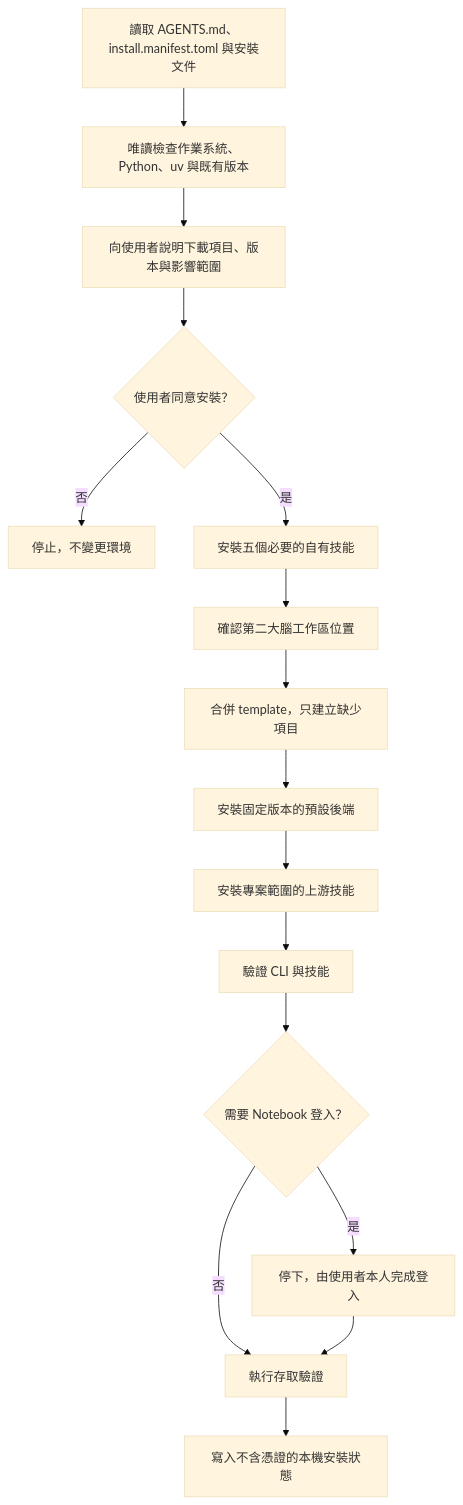
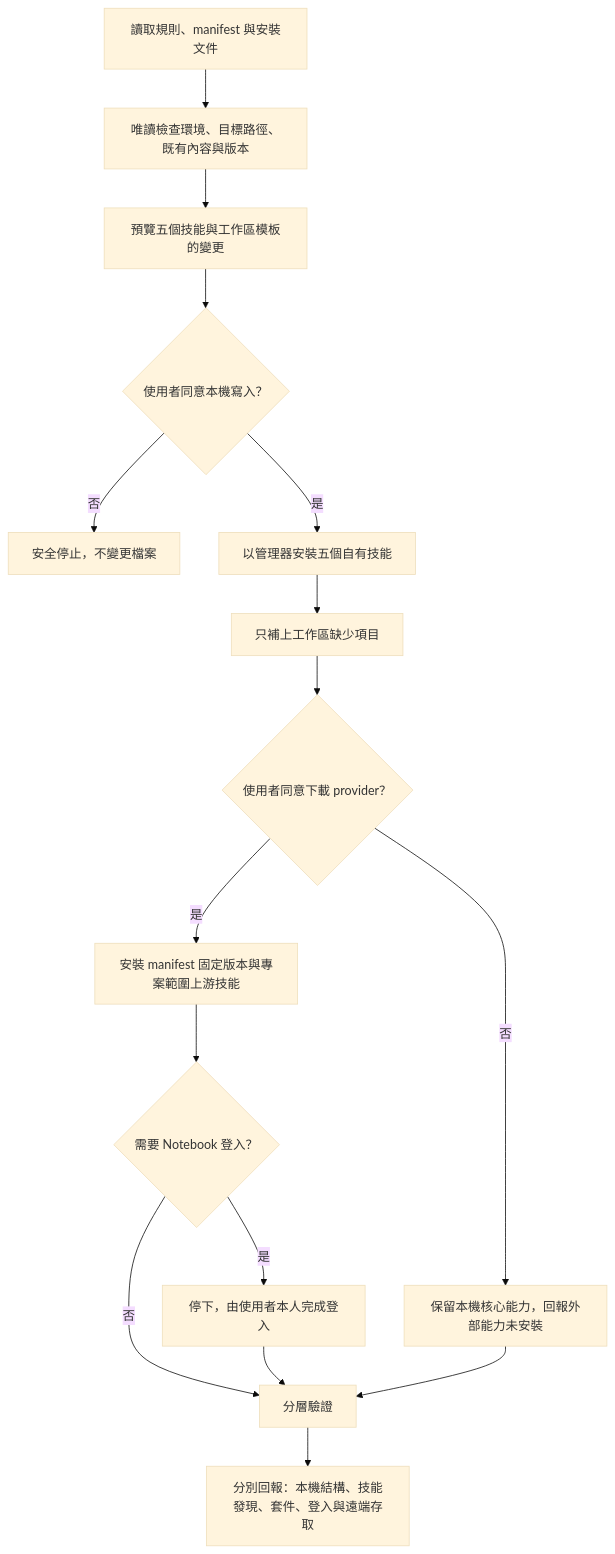
One commit to iamraven-tw/raven-ai-workflow-toolbox changed the diagram in skill-packs/ai-knowledge-base/INSTALL.md. Above: the diagram before and after it, drawn with Mermaid (base theme). The commit also changed other lines of this file and 17 other files, not shown here.

````diff
--- a/skill-packs/ai-knowledge-base/INSTALL.md
+++ b/skill-packs/ai-knowledge-base/INSTALL.md
@@ -7,18 +9,18 @@
 ```mermaid
 flowchart TD
-    A["讀取 AGENTS.md、install.manifest.toml 與安裝文件"] --> B["唯讀檢查作業系統、Python、uv 與既有版本"]
-    B --> C["向使用者說明下載項目、版本與影響範圍"]
-    C --> D{"使用者同意安裝？"}
-    D -- "否" --> E["停止，不變更環境"]
-    D -- "是" --> F["安裝五個必要的自有技能"]
-    F --> FA["確認第二大腦工作區位置"]
-    FA --> FB["合併 template，只建立缺少項目"]
-    FB --> G["安裝固定版本的預設後端"]
-    G --> GA["安裝專案範圍的上游技能"]
-    GA --> H["驗證 CLI 與技能"]
-    H --> I{"需要 Notebook 登入？"}
-    I -- "是" --> J["停下，由使用者本人完成登入"]
-    I -- "否" --> K["執行存取驗證"]
-    J --> K
-    K --> L["寫入不含憑證的本機安裝狀態"]
+    A["讀取規則、manifest 與安裝文件"] --> B["唯讀檢查環境、目標路徑、既有內容與版本"]
+    B --> C["預覽五個技能與工作區模板的變更"]
+    C --> D{"使用者同意本機寫入？"}
+    D -- "否" --> E["安全停止，不變更檔案"]
+    D -- "是" --> F["以管理器安裝五個自有技能"]
+    F --> G["只補上工作區缺少項目"]
+    G --> H{"使用者同意下載 provider？"}
+    H -- "否" --> I["保留本機核心能力，回報外部能力未安裝"]
+    H -- "是" --> J["安裝 manifest 固定版本與專案範圍上游技能"]
+    J --> K{"需要 Notebook 登入？"}
+    K -- "是" --> L["停下，由使用者本人完成登入"]
+    K -- "否" --> M["分層驗證"]
+    L --> M
+    I --> M
+    M --> N["分別回報：本機結構、技能發現、套件、登入與遠端存取"]
 ```
````
